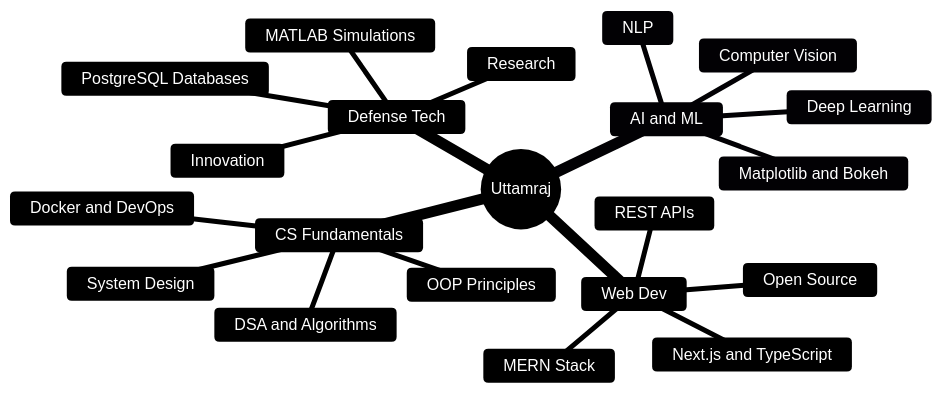
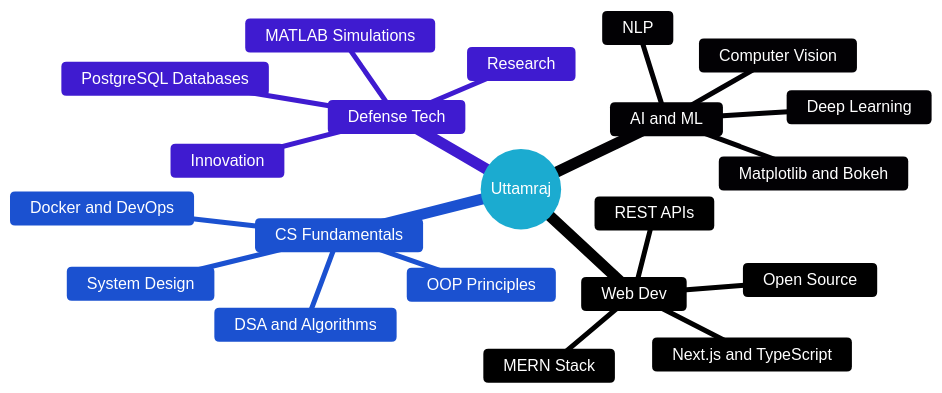
Before and after one commit to codexuttam/codexuttam: the diagram in README.md, drawn with Mermaid. The commit also changed other lines of this file and 2 other files, not shown here.

````diff
--- a/README.md
+++ b/README.md
@@ -187,43 +187,43 @@
 ```mermaid
 %%{init: {
   'theme': 'base',
   'themeVariables': {
-    'primaryColor': '#1e3a5f',
+    'primaryColor': '#7cd7eeff',
     'primaryTextColor': '#ffffff',
     'primaryBorderColor': '#58A6FF',
     'lineColor': '#58A6FF',
     'secondaryColor': '#2d1b69',
     'secondaryTextColor': '#ffffff',
     'secondaryBorderColor': '#9B59B6',
     'tertiaryColor': '#1a3d2f',
     'tertiaryTextColor': '#ffffff',
     'tertiaryBorderColor': '#2ecc71',
     'background': '#0d1117',
     'edgeLabelBackground': '#0d1117',
     'titleColor': '#58A6FF',
     'fontFamily': 'monospace'
   }
 }}%%
 mindmap
   root((Uttamraj))
     AI and ML
       Deep Learning
       Computer Vision
       NLP
       Matplotlib and Bokeh
     Web Dev
       MERN Stack
       Next.js and TypeScript
       REST APIs
       Open Source
     CS Fundamentals
       DSA and Algorithms
       OOP Principles
       System Design
       Docker and DevOps
     Defense Tech
       Research
       Innovation
       MATLAB Simulations
       PostgreSQL Databases
 ```
````
